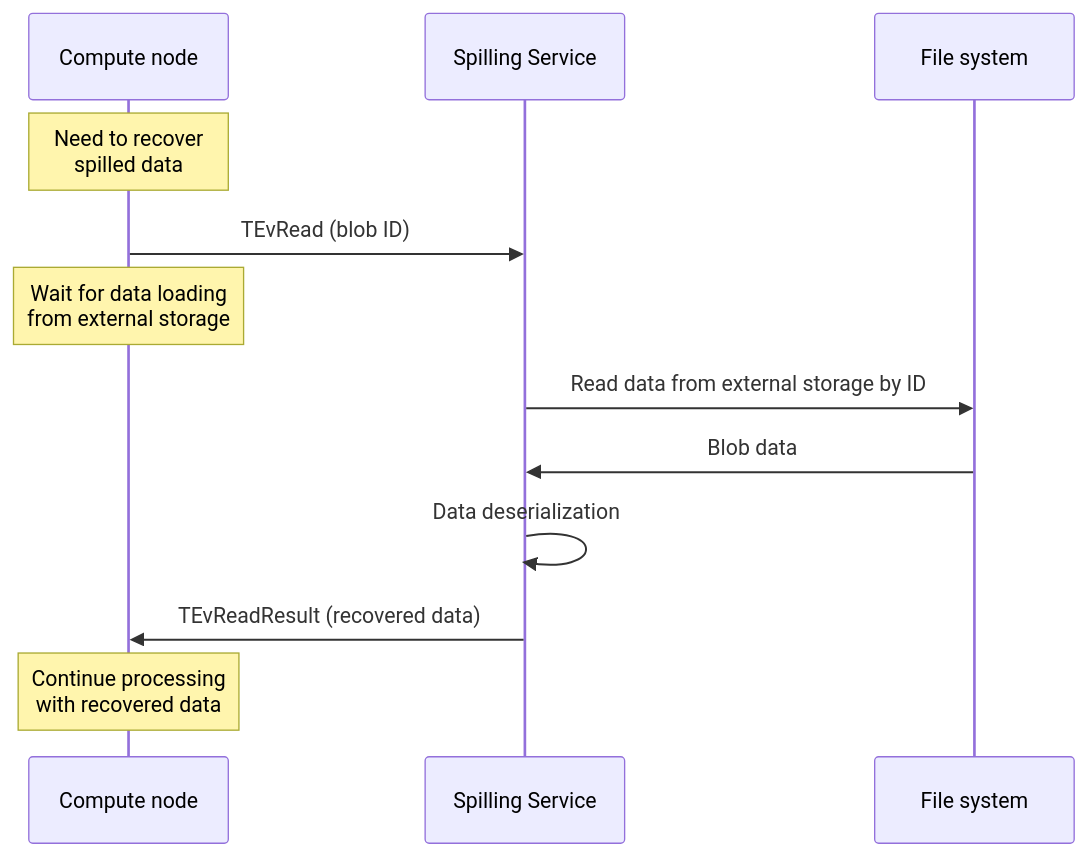
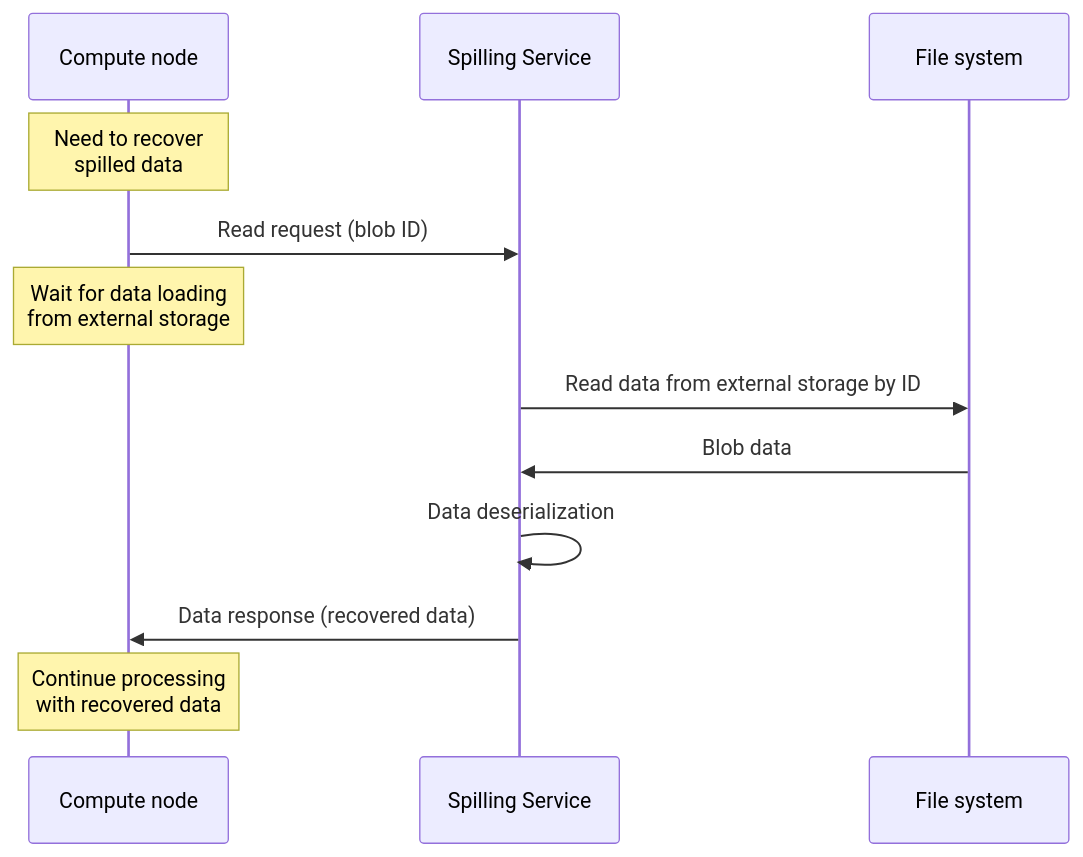
The second of 2 diagrams in ydb/docs/en/core/concepts/spilling.md (ydb-platform/ydb), drawn with Mermaid before and after one commit. The commit also changed other lines of this file and 1 other file, not shown here.

````diff
--- a/ydb/docs/en/core/concepts/spilling.md
+++ b/ydb/docs/en/core/concepts/spilling.md
@@ -112,15 +112,15 @@
 ```mermaid
 sequenceDiagram
     participant CN as Compute node
     participant SS as Spilling Service
     participant FS as File system
 
     Note over CN: Need to recover<br/>spilled data
-    CN->>SS: TEvRead (blob ID)
+    CN->>SS: Read request (blob ID)
     Note over CN: Wait for data loading<br/>from external storage
     SS->>FS: Read data from external storage by ID
     FS->>SS: Blob data
     SS->>SS: Data deserialization
-    SS->>CN: TEvReadResult (recovered data)
+    SS->>CN: Data response (recovered data)
     Note over CN: Continue processing<br/>with recovered data
 ```
````
